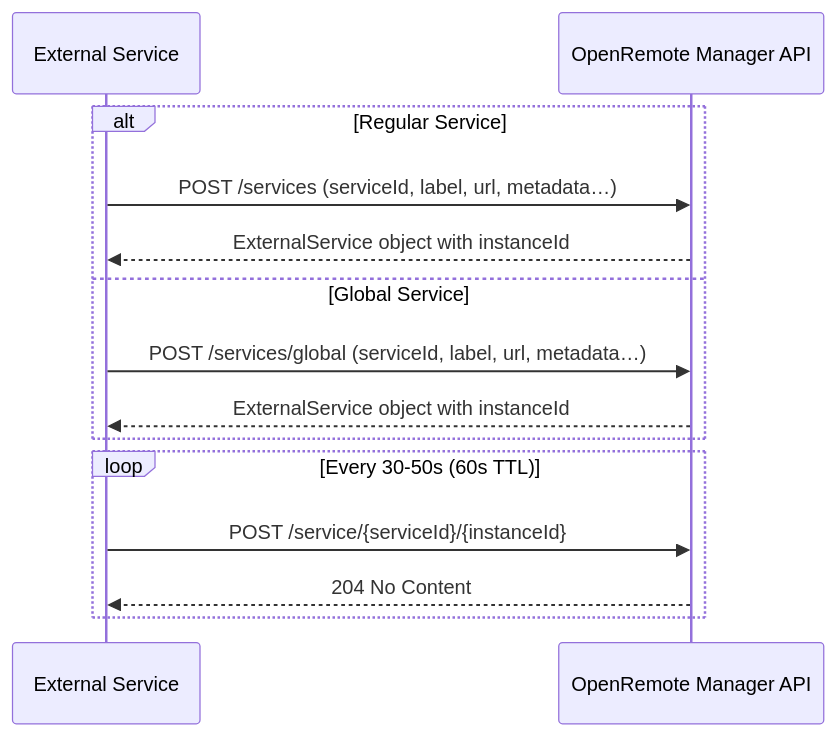
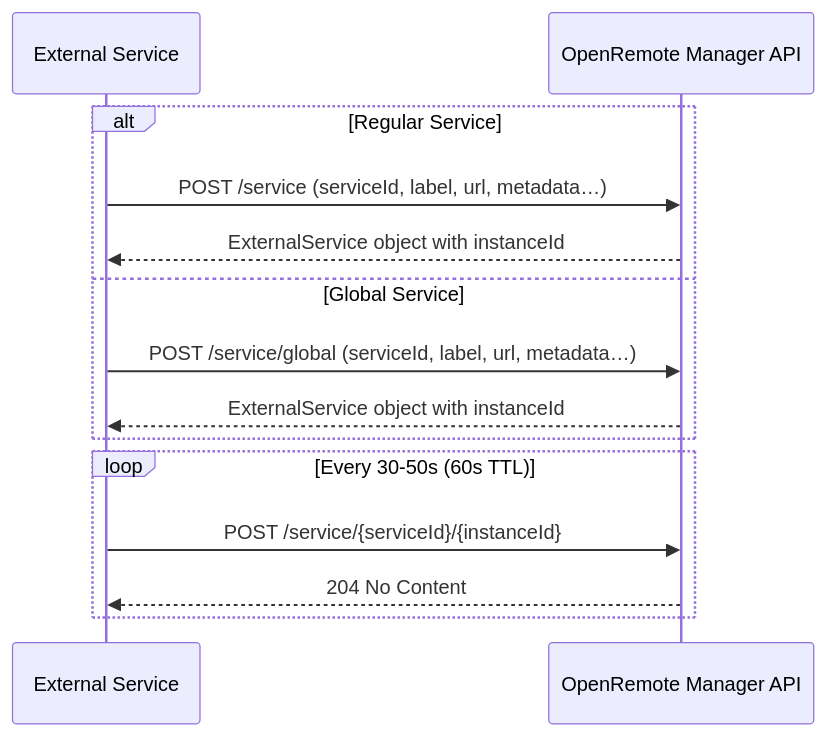
Before and after one commit to openremote/documentation: the diagram in docs/developer-guide/external-services.md, drawn with Mermaid. The commit also changed other lines of this file, not shown here.

Commit message:
Use singular service for paths not services

````diff
--- a/docs/developer-guide/external-services.md
+++ b/docs/developer-guide/external-services.md
@@ -173,18 +173,18 @@
 ```mermaid
 sequenceDiagram
     participant Service as External Service
     participant OR as OpenRemote Manager API
 
     alt Regular Service
-        Service->>OR: POST /services (serviceId, label, url, metadata…)
+        Service->>OR: POST /service (serviceId, label, url, metadata…)
         OR-->>Service: ExternalService object with instanceId
     else Global Service
-        Service->>OR: POST /services/global (serviceId, label, url, metadata…)
+        Service->>OR: POST /service/global (serviceId, label, url, metadata…)
         OR-->>Service: ExternalService object with instanceId
     end
 
     loop Every 30-50s (60s TTL)
         Service->>OR: POST /service/{serviceId}/{instanceId}
         OR-->>Service: 204 No Content
     end
 ```
````
